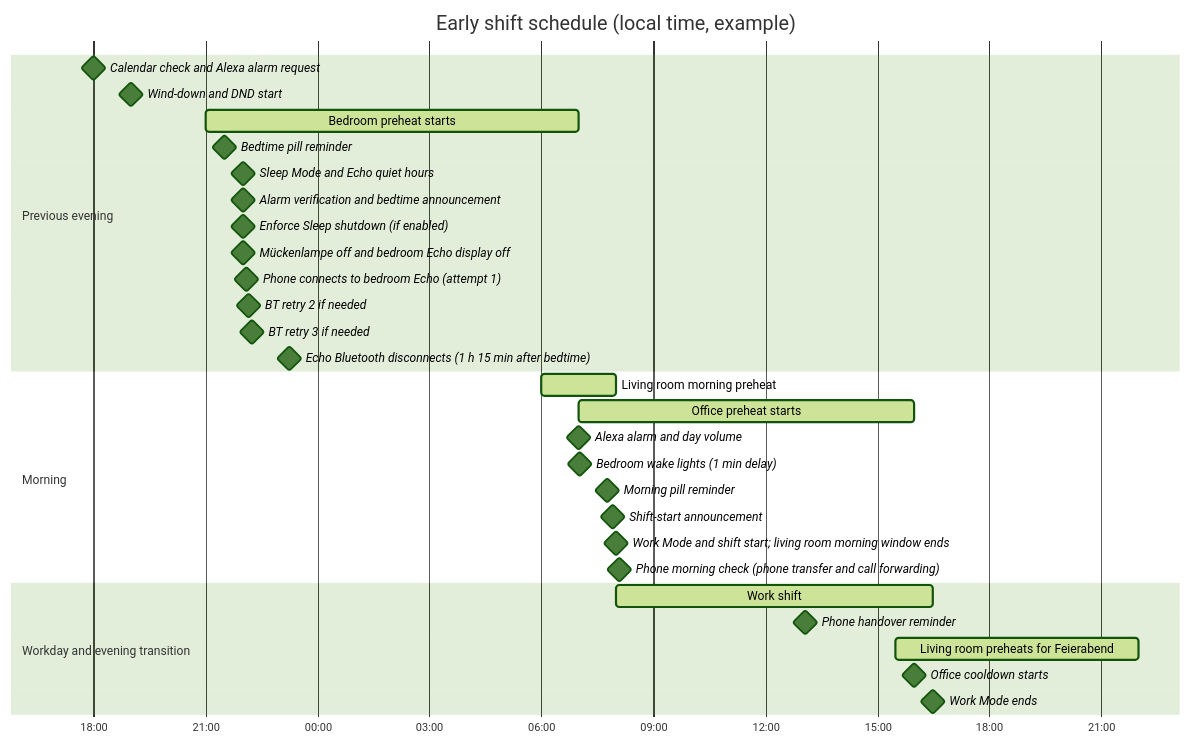
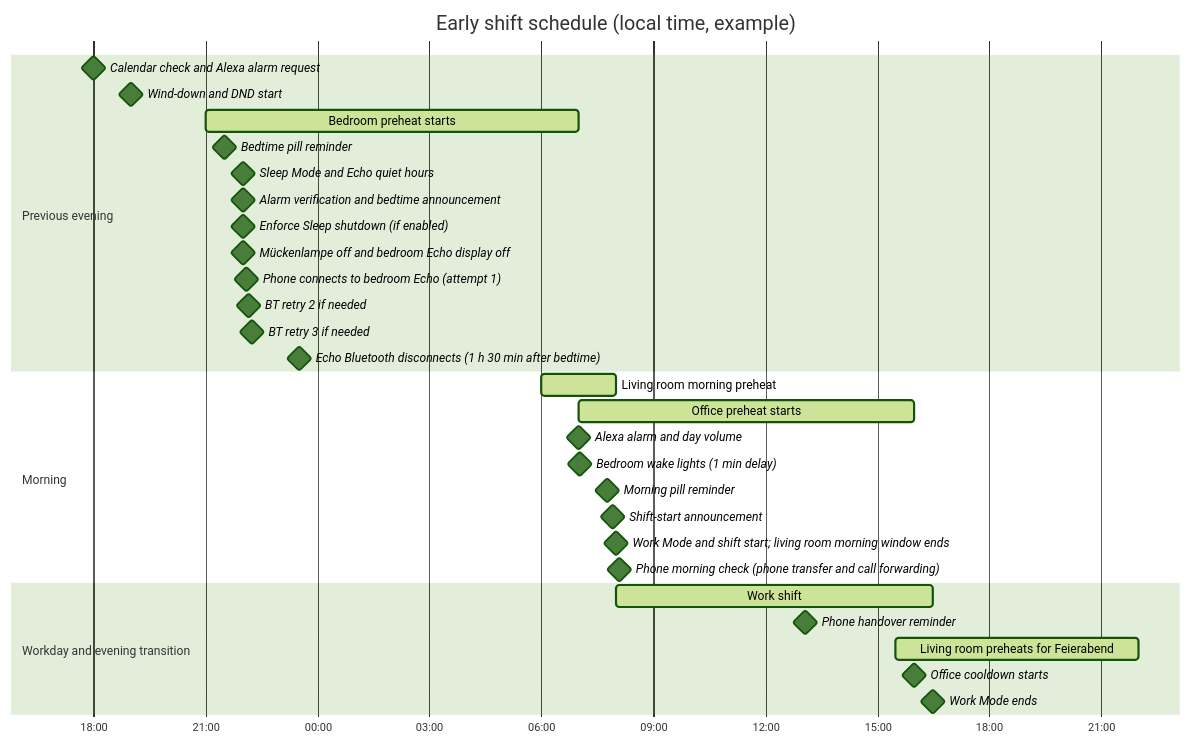
Before and after one commit to theniwo/homeassistant: the third of 3 diagrams in README.md, drawn with Mermaid (forest theme). The commit also changed other lines of this file and 4 other files, not shown here.

````diff
--- a/README.md
+++ b/README.md
@@ -190,34 +192,34 @@
 ```mermaid
 gantt
     title Early shift schedule (local time, example)
     dateFormat YYYY-MM-DD HH:mm
     axisFormat %H:%M
     section Previous evening
     Calendar check and Alexa alarm request :milestone, 2026-10-27 18:00, 0m
     Wind-down and DND start :milestone, 2026-10-27 19:00, 0m
     Bedroom preheat starts :active, 2026-10-27 21:00, 600m
     Bedtime pill reminder :milestone, 2026-10-27 21:30, 0m
     Sleep Mode and Echo quiet hours :milestone, 2026-10-27 22:00, 0m
     Alarm verification and bedtime announcement :milestone, 2026-10-27 22:00, 0m
     Enforce Sleep shutdown (if enabled) :milestone, 2026-10-27 22:00, 0m
     Mückenlampe off and bedroom Echo display off :milestone, 2026-10-27 22:00, 0m
     Phone connects to bedroom Echo (attempt 1) :milestone, 2026-10-27 22:05, 0m
     BT retry 2 if needed :milestone, 2026-10-27 22:10, 0m
     BT retry 3 if needed :milestone, 2026-10-27 22:15, 0m
-    Echo Bluetooth disconnects (1 h 15 min after bedtime) :milestone, 2026-10-27 23:15, 0m
+    Echo Bluetooth disconnects (1 h 30 min after bedtime) :milestone, 2026-10-27 23:30, 0m
     section Morning
     Living room morning preheat :active, 2026-10-28 06:00, 120m
     Office preheat starts :active, 2026-10-28 07:00, 540m
     Alexa alarm and day volume :milestone, 2026-10-28 07:00, 0m
     Bedroom wake lights (1 min delay) :milestone, 2026-10-28 07:01, 0m
     Morning pill reminder :milestone, 2026-10-28 07:45, 0m
     Shift-start announcement :milestone, 2026-10-28 07:55, 0m
     Work Mode and shift start; living room morning window ends :milestone, 2026-10-28 08:00, 0m
     Phone morning check (phone transfer and call forwarding) :milestone, 2026-10-28 08:05, 0m
     section Workday and evening transition
     Work shift :active, 2026-10-28 08:00, 510m
     Phone handover reminder :milestone, 2026-10-28 13:05, 0m
     Living room preheats for Feierabend :active, 2026-10-28 15:30, 390m
     Office cooldown starts :milestone, 2026-10-28 16:00, 0m
     Work Mode ends :milestone, 2026-10-28 16:30, 0m
 ```
````
